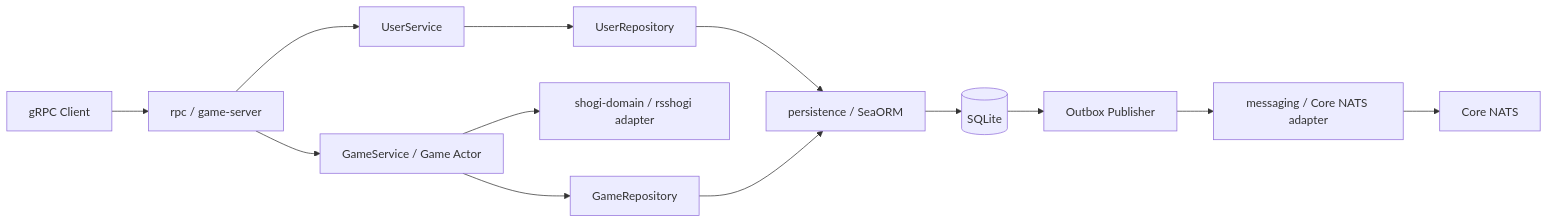
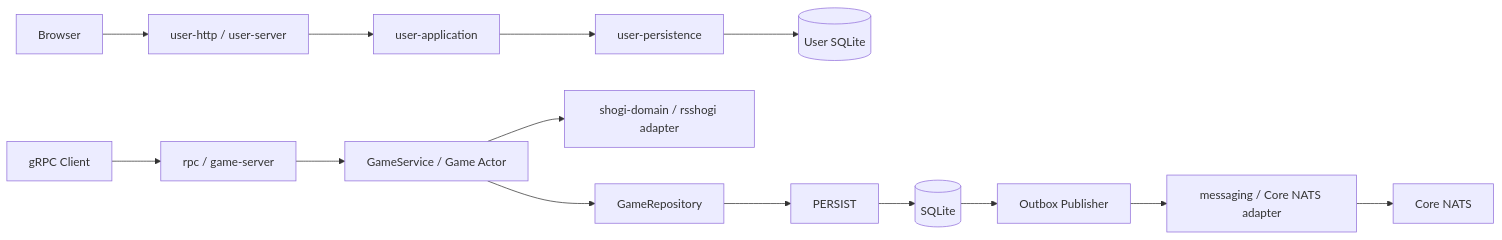
The first of 6 diagrams in docs/design/architecture.md (take44444/shogi-backend), drawn with Mermaid before and after one commit. The commit also changed other lines of this file and 28 other files, not shown here.

Commit message:
Implement User Server

````diff
--- a/docs/design/architecture.md
+++ b/docs/design/architecture.md
@@ -24,15 +27,16 @@
 ```mermaid
 flowchart LR
   C[gRPC Client] --> RPC[rpc / game-server]
-  RPC --> USERS[UserService]
+  WEB[Browser] --> HTTP[user-http / user-server]
+  HTTP --> USERS[user-application]
+  USERS --> UP[user-persistence]
+  UP --> UDB[(User SQLite)]
   RPC --> APP[GameService / Game Actor]
   APP --> DOMAIN[shogi-domain / rsshogi adapter]
-  USERS --> UR[UserRepository]
   APP --> GR[GameRepository]
-  UR --> PERSIST[persistence / SeaORM]
   GR --> PERSIST
   PERSIST --> DB[(SQLite)]
   DB --> OUT[Outbox Publisher]
   OUT --> MSG[messaging / Core NATS adapter]
   MSG --> NATS[Core NATS]
 ```
````
